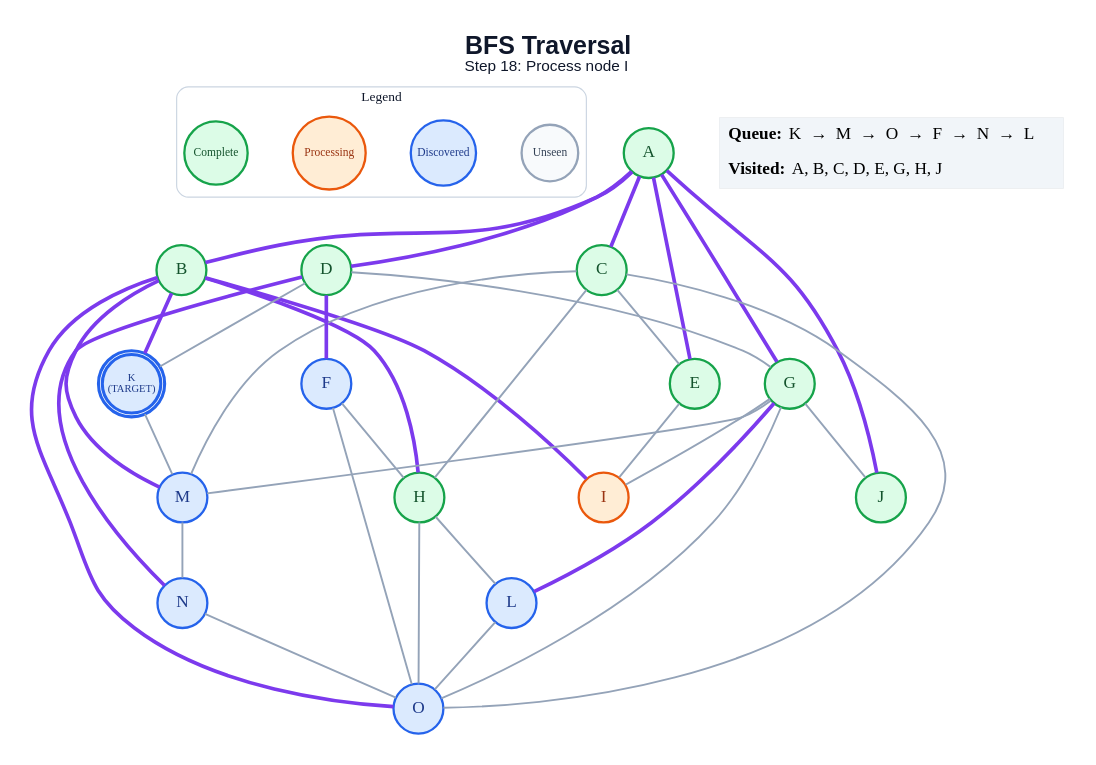
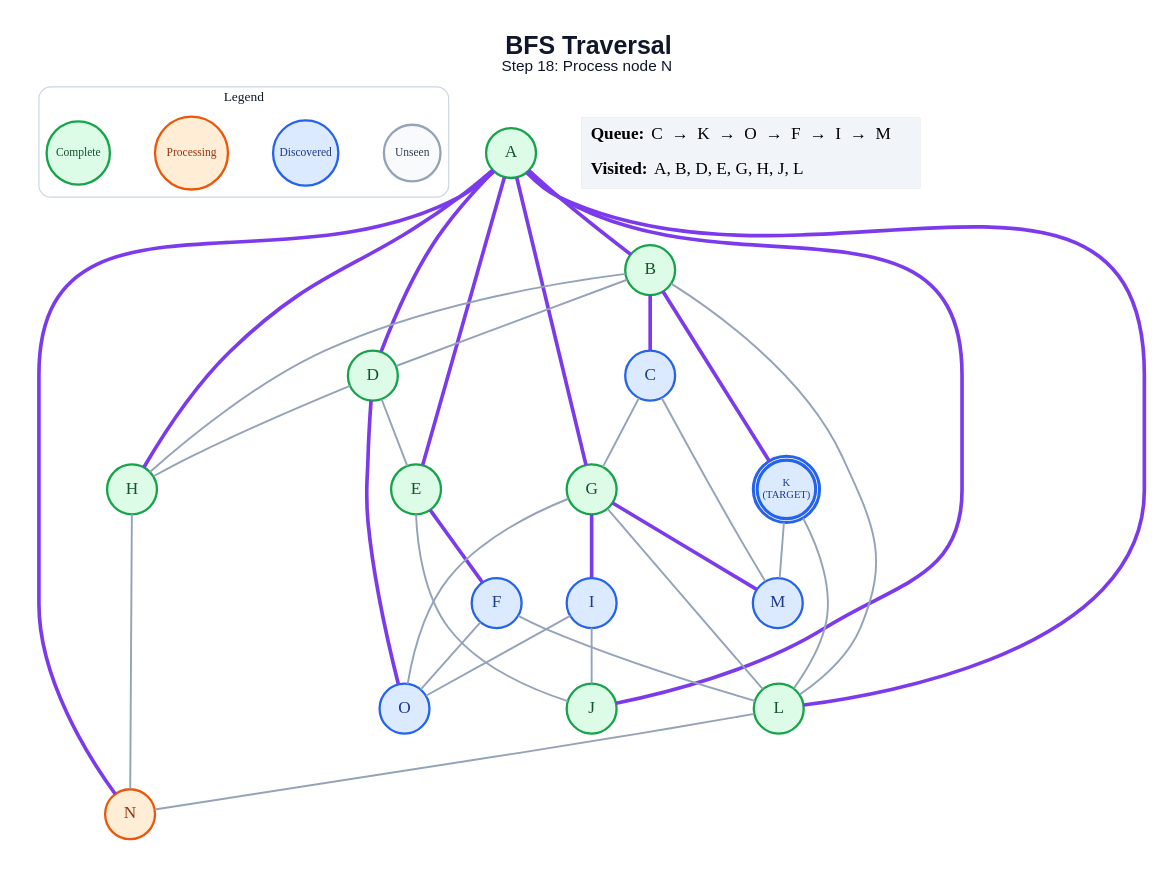
One commit to anon7238593-create/ai-slop changed the diagram in generated/bfs/step_18.dot. Above: the diagram before and after it, drawn with Graphviz. The commit also changed 197 other files, not shown here.

```diff
--- a/generated/bfs/step_18.dot
+++ b/generated/bfs/step_18.dot
@@ -1,67 +1,66 @@
 graph traversal {
   graph [layout=dot, rankdir=TB, bgcolor="#FFFFFF", pad="0.35", nodesep="0.65", ranksep="0.8", fontname="Arial"];
   node [shape=circle, style="filled", fontname="Arial Bold", fontsize=18, width=0.72, fixedsize=true, penwidth=2.4];
   edge [color="#94A3B8", penwidth=2.0];
-  label=<<B>BFS Traversal</B><BR/><FONT POINT-SIZE="16">Step 18: Process node I</FONT>>; labelloc="t"; fontsize=26; fontname="Arial"; fontcolor="#0F172A";
+  label=<<B>BFS Traversal</B><BR/><FONT POINT-SIZE="16">Step 18: Process node N</FONT>>; labelloc="t"; fontsize=26; fontname="Arial"; fontcolor="#0F172A";
   subgraph cluster_legend { label="Legend"; color="#CBD5E1"; penwidth=1.2; style="rounded"; fontsize=14; fontname="Arial Bold";
     key_unseen [label="Unseen", fillcolor="#F8FAFC", color="#94A3B8", fontcolor="#334155", fontsize=12, width=0.82];
     key_frontier [label="Discovered", fillcolor="#DBEAFE", color="#2563EB", fontcolor="#1E3A8A", fontsize=12, width=0.95];
     key_current [label="Processing", fillcolor="#FFEDD5", color="#EA580C", fontcolor="#9A3412", fontsize=12, width=1.05];
     key_done [label="Complete", fillcolor="#DCFCE7", color="#16A34A", fontcolor="#14532D", fontsize=12, width=0.92];
     { rank=same; key_unseen; key_frontier; key_current; key_done; }
   }
   A [label="A", fillcolor="#DCFCE7", color="#16A34A", fontcolor="#14532D", peripheries=1, penwidth=2.4];
   B [label="B", fillcolor="#DCFCE7", color="#16A34A", fontcolor="#14532D", peripheries=1, penwidth=2.4];
-  C [label="C", fillcolor="#DCFCE7", color="#16A34A", fontcolor="#14532D", peripheries=1, penwidth=2.4];
+  C [label="C", fillcolor="#DBEAFE", color="#2563EB", fontcolor="#1E3A8A", peripheries=1, penwidth=2.4];
   D [label="D", fillcolor="#DCFCE7", color="#16A34A", fontcolor="#14532D", peripheries=1, penwidth=2.4];
   E [label="E", fillcolor="#DCFCE7", color="#16A34A", fontcolor="#14532D", peripheries=1, penwidth=2.4];
   F [label="F", fillcolor="#DBEAFE", color="#2563EB", fontcolor="#1E3A8A", peripheries=1, penwidth=2.4];
   G [label="G", fillcolor="#DCFCE7", color="#16A34A", fontcolor="#14532D", peripheries=1, penwidth=2.4];
   H [label="H", fillcolor="#DCFCE7", color="#16A34A", fontcolor="#14532D", peripheries=1, penwidth=2.4];
-  I [label="I", fillcolor="#FFEDD5", color="#EA580C", fontcolor="#9A3412", peripheries=1, penwidth=2.4];
+  I [label="I", fillcolor="#DBEAFE", color="#2563EB", fontcolor="#1E3A8A", peripheries=1, penwidth=2.4];
   J [label="J", fillcolor="#DCFCE7", color="#16A34A", fontcolor="#14532D", peripheries=1, penwidth=2.4];
   K [label="K\n(TARGET)", fillcolor="#DBEAFE", color="#2563EB", fontcolor="#1E3A8A", peripheries=2, penwidth=3.2, fontsize=11, width=0.85, height=0.85];
-  L [label="L", fillcolor="#DBEAFE", color="#2563EB", fontcolor="#1E3A8A", peripheries=1, penwidth=2.4];
+  L [label="L", fillcolor="#DCFCE7", color="#16A34A", fontcolor="#14532D", peripheries=1, penwidth=2.4];
   M [label="M", fillcolor="#DBEAFE", color="#2563EB", fontcolor="#1E3A8A", peripheries=1, penwidth=2.4];
-  N [label="N", fillcolor="#DBEAFE", color="#2563EB", fontcolor="#1E3A8A", peripheries=1, penwidth=2.4];
+  N [label="N", fillcolor="#FFEDD5", color="#EA580C", fontcolor="#9A3412", peripheries=1, penwidth=2.4];
   O [label="O", fillcolor="#DBEAFE", color="#2563EB", fontcolor="#1E3A8A", peripheries=1, penwidth=2.4];
   A -- B [color="#7C3AED", penwidth=3.8];
-  A -- C [color="#7C3AED", penwidth=3.8];
   A -- D [color="#7C3AED", penwidth=3.8];
   A -- E [color="#7C3AED", penwidth=3.8];
   A -- G [color="#7C3AED", penwidth=3.8];
+  A -- H [color="#7C3AED", penwidth=3.8];
   A -- J [color="#7C3AED", penwidth=3.8];
-  B -- H [color="#7C3AED", penwidth=3.8];
-  B -- I [color="#7C3AED", penwidth=3.8];
+  A -- L [color="#7C3AED", penwidth=3.8];
+  A -- N [color="#7C3AED", penwidth=3.8];
+  B -- C [color="#7C3AED", penwidth=3.8];
+  B -- D;
+  B -- H;
   B -- K [color="#7C3AED", penwidth=3.8];
-  B -- M [color="#7C3AED", penwidth=3.8];
-  B -- O [color="#7C3AED", penwidth=3.8];
-  C -- E;
-  C -- H;
+  B -- L;
+  C -- G;
   C -- M;
-  C -- O;
-  D -- F [color="#7C3AED", penwidth=3.8];
-  D -- G;
-  D -- K;
-  D -- N [color="#7C3AED", penwidth=3.8];
-  E -- I;
-  F -- H;
+  D -- E;
+  D -- H;
+  D -- O [color="#7C3AED", penwidth=3.8];
+  E -- F [color="#7C3AED", penwidth=3.8];
+  E -- J;
+  F -- L;
   F -- O;
-  G -- I;
-  G -- J;
-  G -- L [color="#7C3AED", penwidth=3.8];
-  G -- M;
+  G -- I [color="#7C3AED", penwidth=3.8];
+  G -- L;
+  G -- M [color="#7C3AED", penwidth=3.8];
   G -- O;
-  H -- L;
-  H -- O;
+  H -- N;
+  I -- J;
+  I -- O;
+  K -- L;
   K -- M;
-  L -- O;
-  M -- N;
-  N -- O;
+  L -- N;
   status [shape=plain, fixedsize=false, width=0, height=0, margin=0, label=<
     <TABLE BORDER="0" CELLBORDER="0" CELLPADDING="7" BGCOLOR="#F1F5F9">
-      <TR><TD ALIGN="LEFT"><B>Queue:</B> K  →  M  →  O  →  F  →  N  →  L</TD></TR>
-      <TR><TD ALIGN="LEFT"><B>Visited:</B> A, B, C, D, E, G, H, J</TD></TR>
+      <TR><TD ALIGN="LEFT"><B>Queue:</B> C  →  K  →  O  →  F  →  I  →  M</TD></TR>
+      <TR><TD ALIGN="LEFT"><B>Visited:</B> A, B, D, E, G, H, J, L</TD></TR>
     </TABLE>
   >];
 }
```
